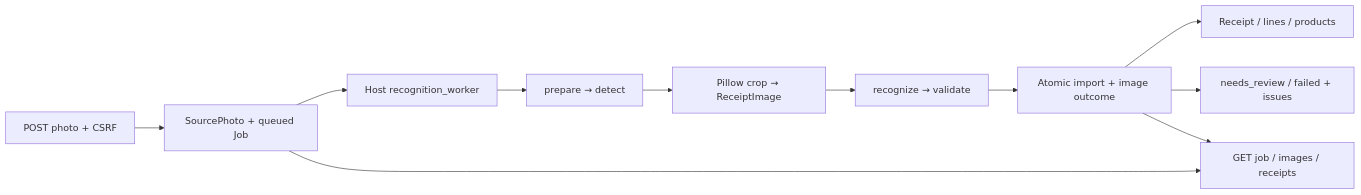
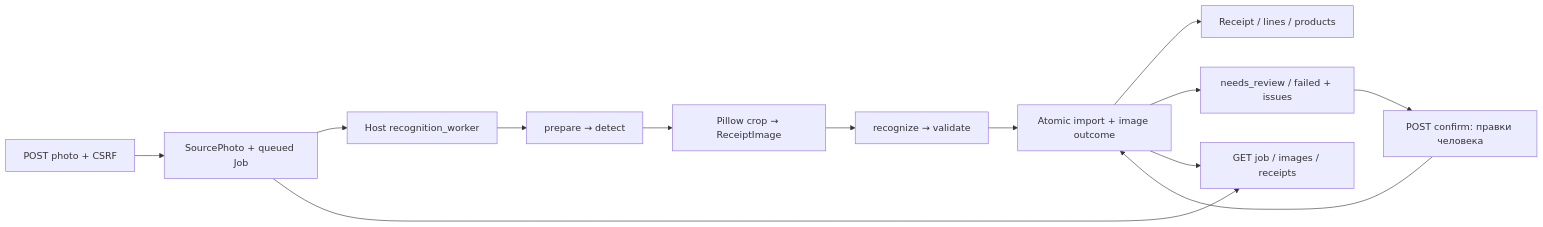
The diagram in docs/architecture.md (File5/checkist), drawn with Mermaid before and after one commit. The commit also changed other lines of this file and 20 other files, not shown here.

````diff
--- a/docs/architecture.md
+++ b/docs/architecture.md
@@ -66,13 +66,15 @@
 ```mermaid
 flowchart LR
   U[POST photo + CSRF] --> P[SourcePhoto + queued Job]
   P --> W[Host recognition_worker]
   W --> D[prepare → detect]
   D --> C[Pillow crop → ReceiptImage]
   C --> R[recognize → validate]
   R --> I[Atomic import + image outcome]
   I --> DB[Receipt / lines / products]
   I --> Q[needs_review / failed + issues]
+  Q --> H[POST confirm: правки человека]
+  H --> I
   P --> G[GET job / images / receipts]
   I --> G
 ```
````
